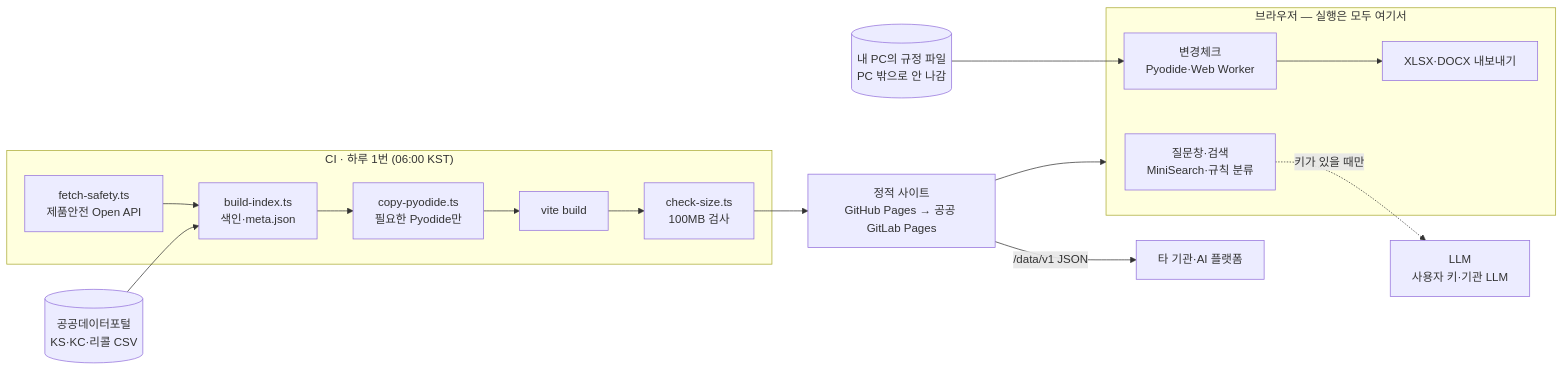
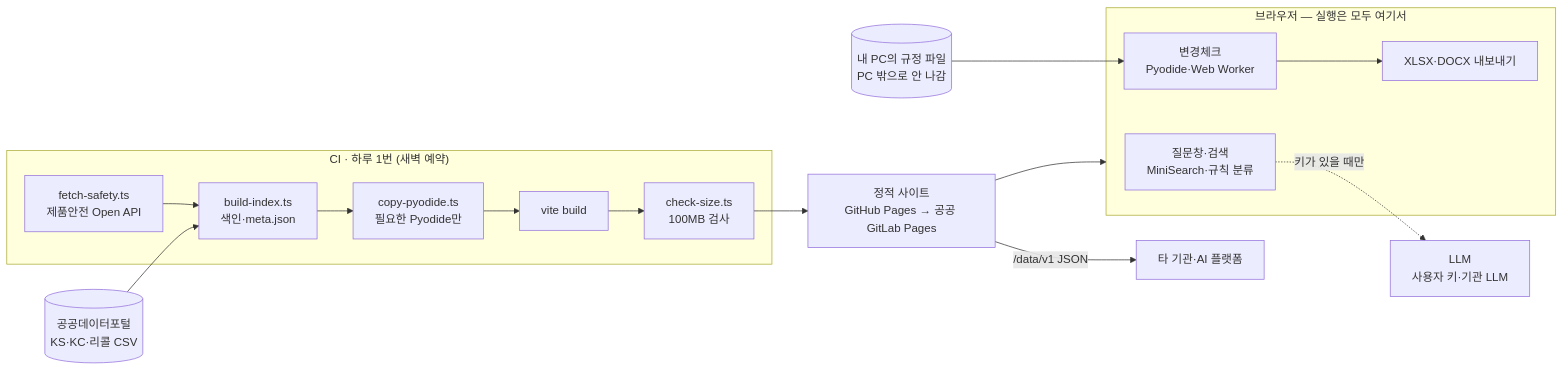
One commit to yukari9966x/project20261105 changed the diagram in README.md. Above: the diagram before and after it, drawn with Mermaid. The commit also changed other lines of this file and 6 other files, not shown here.

````diff
--- a/README.md
+++ b/README.md
@@ -28,17 +28,17 @@
 ```mermaid
 flowchart LR
-  subgraph CI["CI · 하루 1번 (06:00 KST)"]
+  subgraph CI["CI · 하루 1번 (새벽 예약)"]
     F[fetch-safety.ts<br/>제품안전 Open API] --> B[build-index.ts<br/>색인·meta.json]
     B --> P[copy-pyodide.ts<br/>필요한 Pyodide만] --> V[vite build] --> S[check-size.ts<br/>100MB 검사]
   end
   D[(공공데이터포털<br/>KS·KC·리콜 CSV)] --> B
   S --> Pages["정적 사이트<br/>GitHub Pages → 공공 GitLab Pages"]
   Pages -->|/data/v1 JSON| O[타 기관·AI 플랫폼]
   subgraph Browser["브라우저 — 실행은 모두 여기서"]
     Q[질문창·검색<br/>MiniSearch·규칙 분류]
     E[변경체크<br/>Pyodide·Web Worker] --> X[XLSX·DOCX 내보내기]
   end
   Pages --> Browser
   PC[(내 PC의 규정 파일<br/>PC 밖으로 안 나감)] --> E
   Q -.키가 있을 때만.-> L[LLM<br/>사용자 키·기관 LLM]
 ```
````
